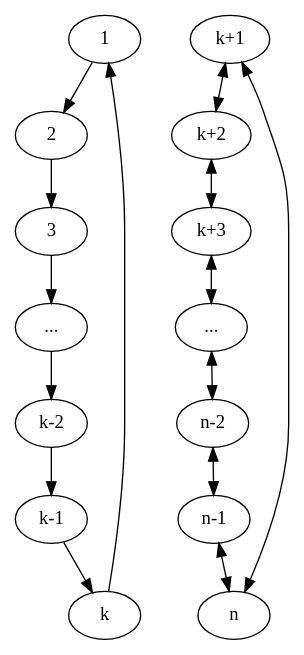
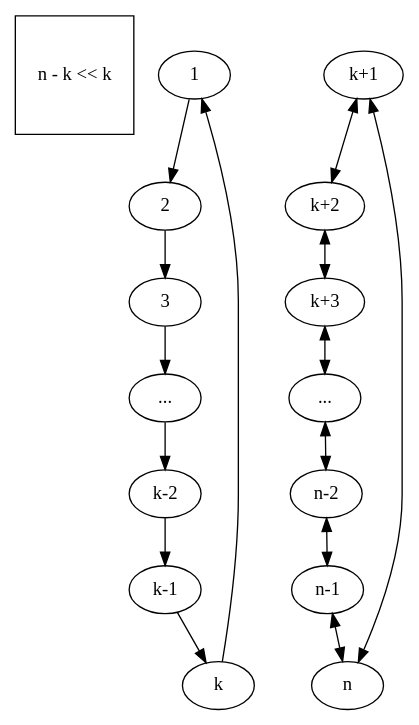
Before and after one commit to CatOfTheCannals/page_rank: the diagram in report/img/graphs/cycle_and_complete.dot, drawn with Graphviz.

Commit message:
report: development: experiments layout: legend "n-k << k" in cycle and complete graph

```diff
--- a/report/img/graphs/cycle_and_complete.dot
+++ b/report/img/graphs/cycle_and_complete.dot
@@ -1,43 +1,45 @@
 digraph G {
 
 	overlap = scale;
 	splines = true;
+
+	"n - k << k" [shape=square];
 
 	subgraph Group1 {
 
 		1; 2; 3; "..."; "k-2"; "k-1"; "k"; 1;
 
 		1 -> 2 -> 3 -> "..." -> "k-2" -> "k-1" -> "k" -> 1;
 	}
 
 	subgraph Group2 {
 
 		"k+1"; "k+2"; "k+3"; " ... "; "n-2"; "n-1"; "n"; 
 
 		edge [dir=both]
 
 		"k+1" -> "k+2" -> "k+3" -> " ... " -> "n-2" -> "n-1" -> "n";
 
 /*
 		"k+1" -> "k+3";
 		"k+1" -> " ... ";
 		"k+1" -> "n-2";
 		"k+1" -> "n-1";
 */		"k+1" -> "n";
 
 /*		"k+2" -> " ... ";
 		"k+2" -> "n-2";
 		"k+2" -> "n-1";
 		"k+2" -> "n";
 
 		"k+3" -> "n-2";
 		"k+3" -> "n-1";
 		"k+3" -> "n";
 
 		" ... " -> "n-1";
 		" ... " -> "n";
 
 		"n-2" -> "n";
 */
 	}
 }
```
